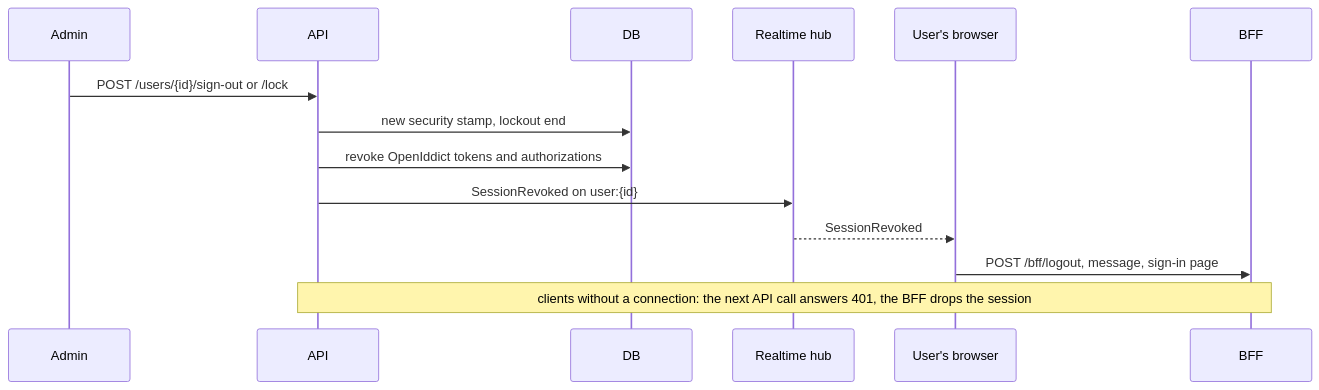
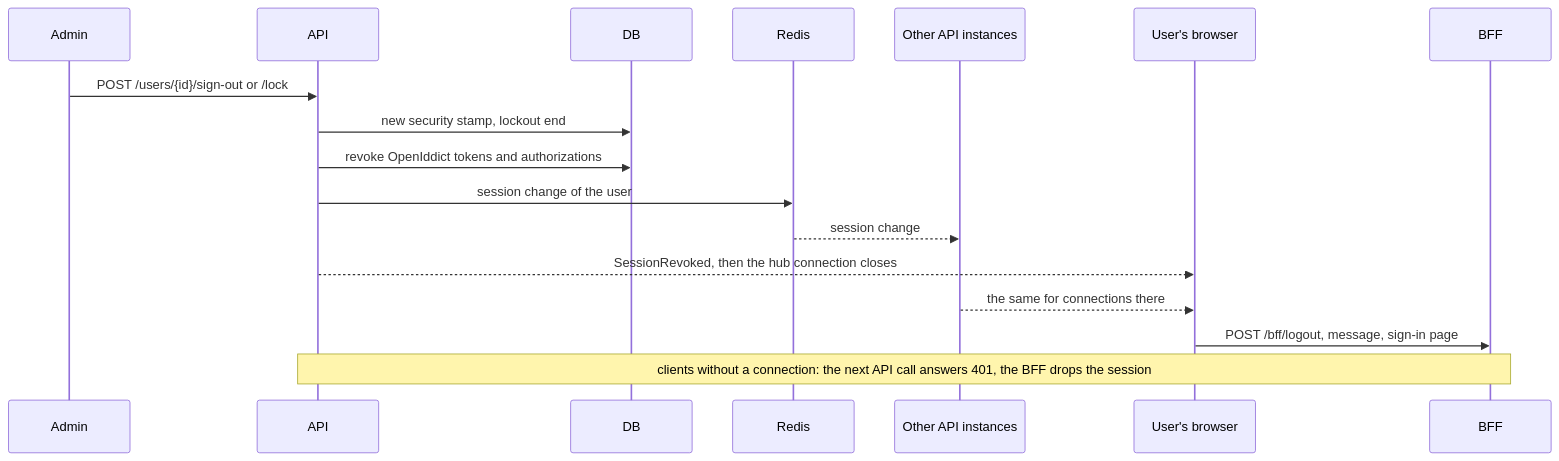
One commit to fgilde/CoworkeeLib changed the diagram in website/docs/security/clients.md. Above: the diagram before and after it, drawn with Mermaid. The commit also changed other lines of this file and 83 other files, not shown here.

````diff
--- a/website/docs/security/clients.md
+++ b/website/docs/security/clients.md
@@ -44,16 +59,19 @@
 ```mermaid
 sequenceDiagram
     participant Admin
     participant API
     participant DB
-    participant Hub as Realtime hub
+    participant Redis
+    participant Other as Other API instances
     participant Client as User's browser
     participant BFF
     Admin->>API: POST /users/{id}/sign-out or /lock
     API->>DB: new security stamp, lockout end
     API->>DB: revoke OpenIddict tokens and authorizations
-    API->>Hub: SessionRevoked on user:{id}
-    Hub-->>Client: SessionRevoked
+    API->>Redis: session change of the user
+    Redis-->>Other: session change
+    API-->>Client: SessionRevoked, then the hub connection closes
+    Other-->>Client: the same for connections there
     Client->>BFF: POST /bff/logout, message, sign-in page
     Note over API,BFF: clients without a connection: the next API call answers 401, the BFF drops the session
 ```
````
